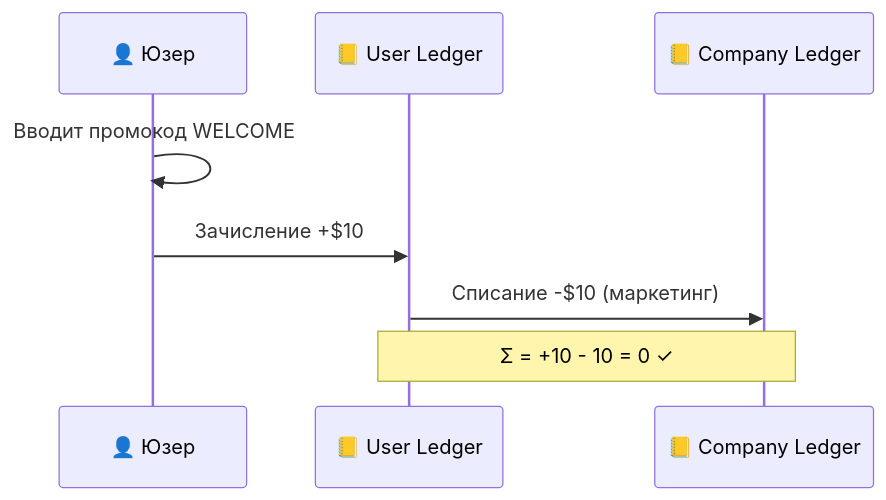
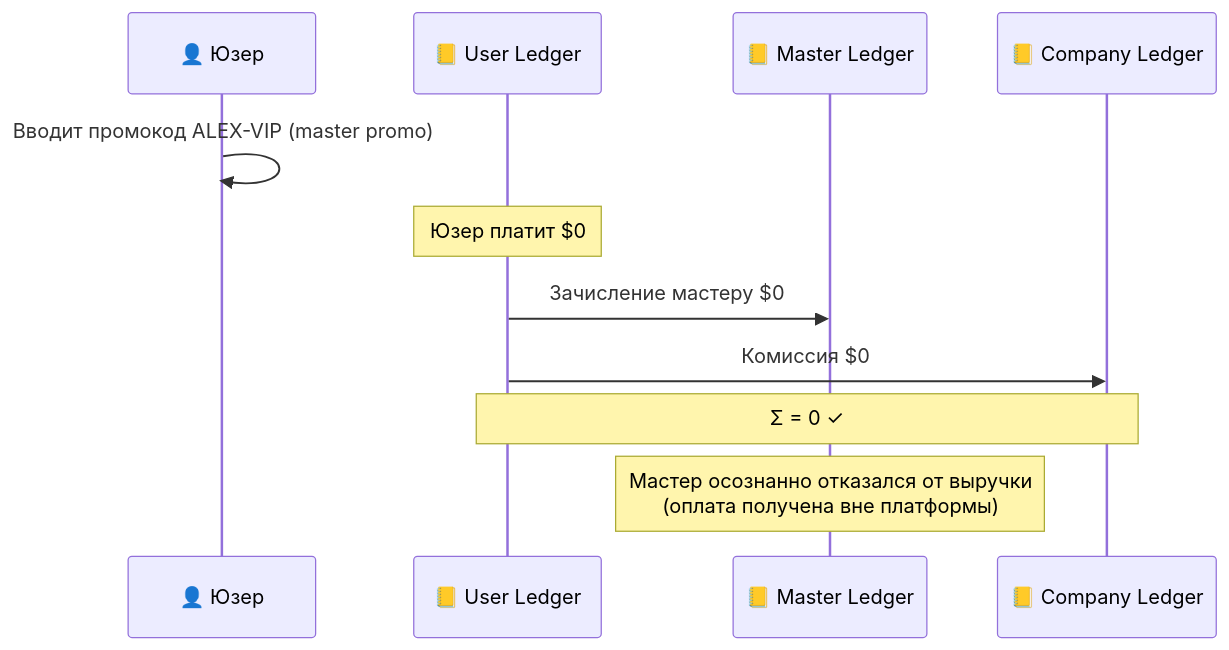
The seventh of 8 diagrams in VELO-Payment-System-Meeting.md (aivis-one/velo), drawn with Mermaid before and after one commit. The commit also changed other lines of this file, not shown here.

````diff
--- a/VELO-Payment-System-Meeting.md
+++ b/VELO-Payment-System-Meeting.md
@@ -219,11 +284,14 @@
 ```mermaid
 sequenceDiagram
     participant U as 👤 Юзер
     participant UL as 📒 User Ledger
+    participant ML as 📒 Master Ledger
     participant CL as 📒 Company Ledger
 
-    U->>U: Вводит промокод WELCOME
-    U->>UL: Зачисление +$10
-    UL->>CL: Списание -$10 (маркетинг)
-    Note over UL,CL: Σ = +10 - 10 = 0 ✓
+    U->>U: Вводит промокод ALEX-VIP (master promo)
+    Note over UL: Юзер платит $0
+    UL->>ML: Зачисление мастеру $0
+    UL->>CL: Комиссия $0
+    Note over UL,CL: Σ = 0 ✓
+    Note over ML: Мастер осознанно отказался от выручки<br/>(оплата получена вне платформы)
 ```
````
